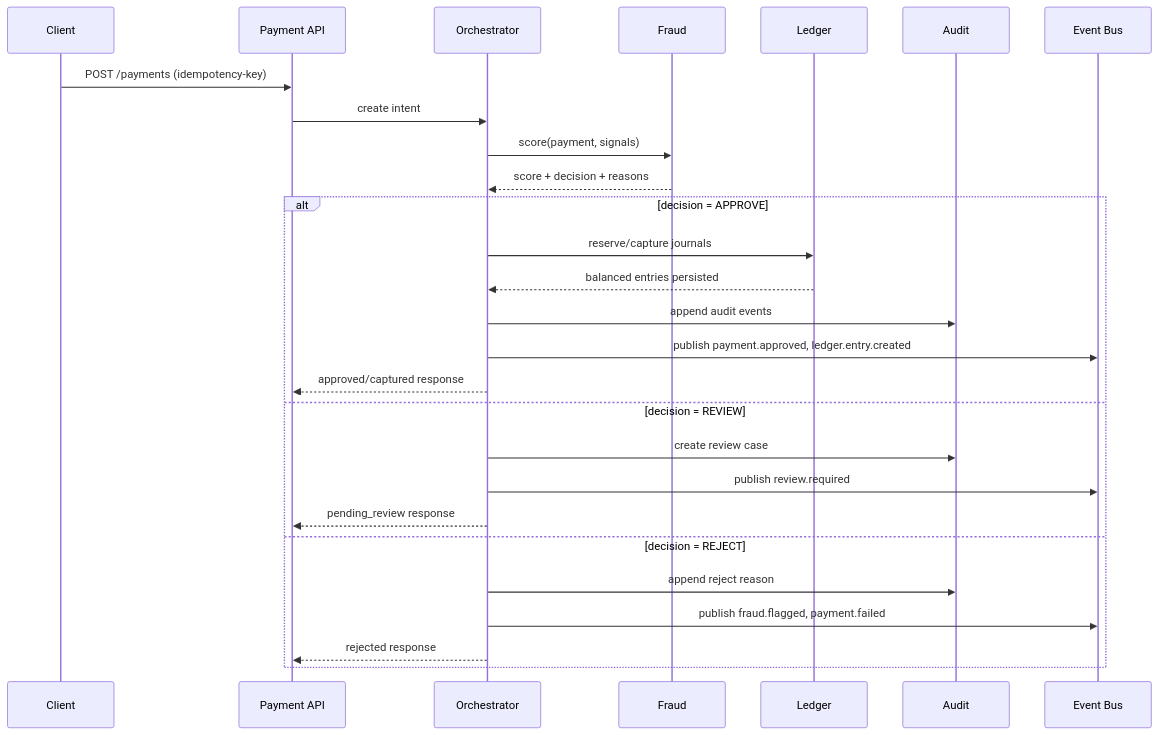
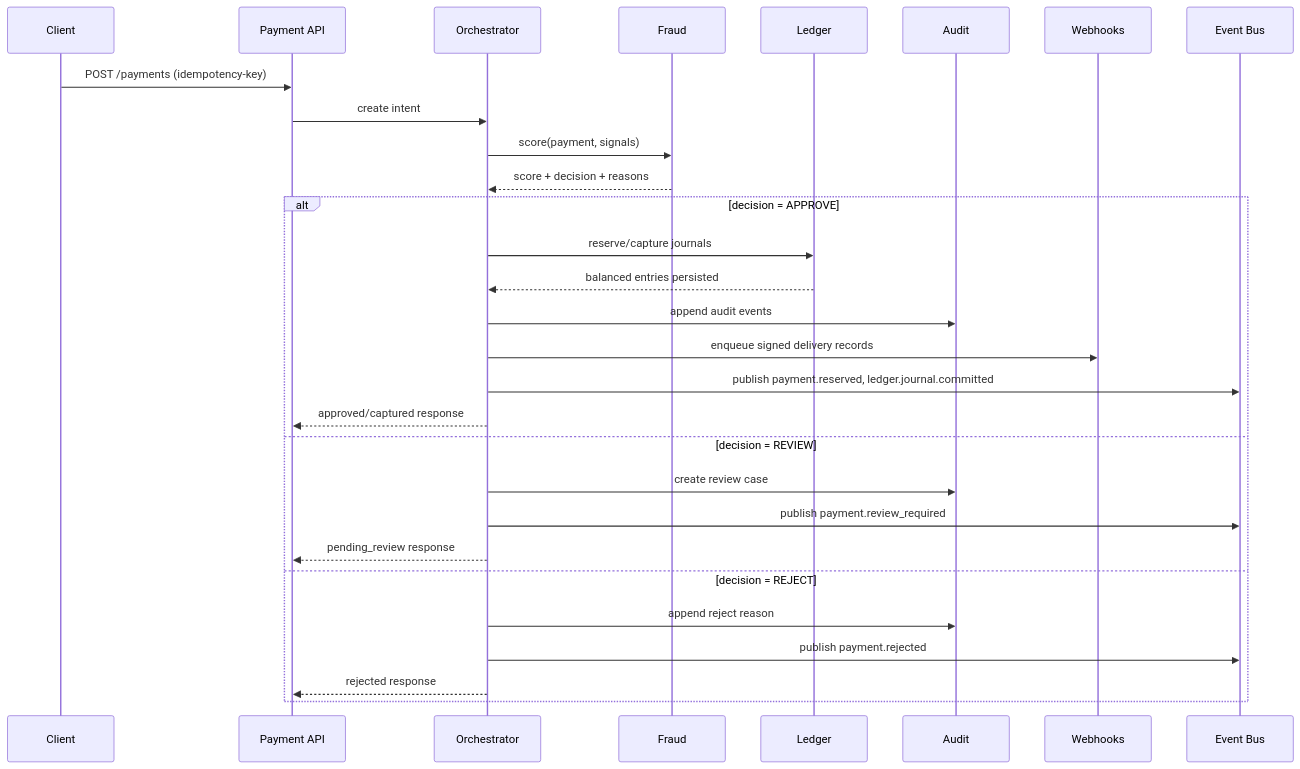
Before and after one commit to moenn1/ledgerandfraudscoring: the third of 3 diagrams in docs/architecture.md, drawn with Mermaid. The commit also changed other lines of this file and 135 other files, not shown here.

````diff
--- a/docs/architecture.md
+++ b/docs/architecture.md
@@ -56,30 +70,32 @@
 ```mermaid
 sequenceDiagram
     participant C as Client
     participant P as Payment API
     participant O as Orchestrator
     participant F as Fraud
     participant L as Ledger
     participant A as Audit
+    participant N as Webhooks
     participant B as Event Bus
 
     C->>P: POST /payments (idempotency-key)
     P->>O: create intent
     O->>F: score(payment, signals)
     F-->>O: score + decision + reasons
     alt decision = APPROVE
         O->>L: reserve/capture journals
         L-->>O: balanced entries persisted
         O->>A: append audit events
-        O->>B: publish payment.approved, ledger.entry.created
+        O->>N: enqueue signed delivery records
+        O->>B: publish payment.reserved, ledger.journal.committed
         O-->>P: approved/captured response
     else decision = REVIEW
         O->>A: create review case
-        O->>B: publish review.required
+        O->>B: publish payment.review_required
         O-->>P: pending_review response
     else decision = REJECT
         O->>A: append reject reason
-        O->>B: publish fraud.flagged, payment.failed
+        O->>B: publish payment.rejected
         O-->>P: rejected response
     end
 ```
````
